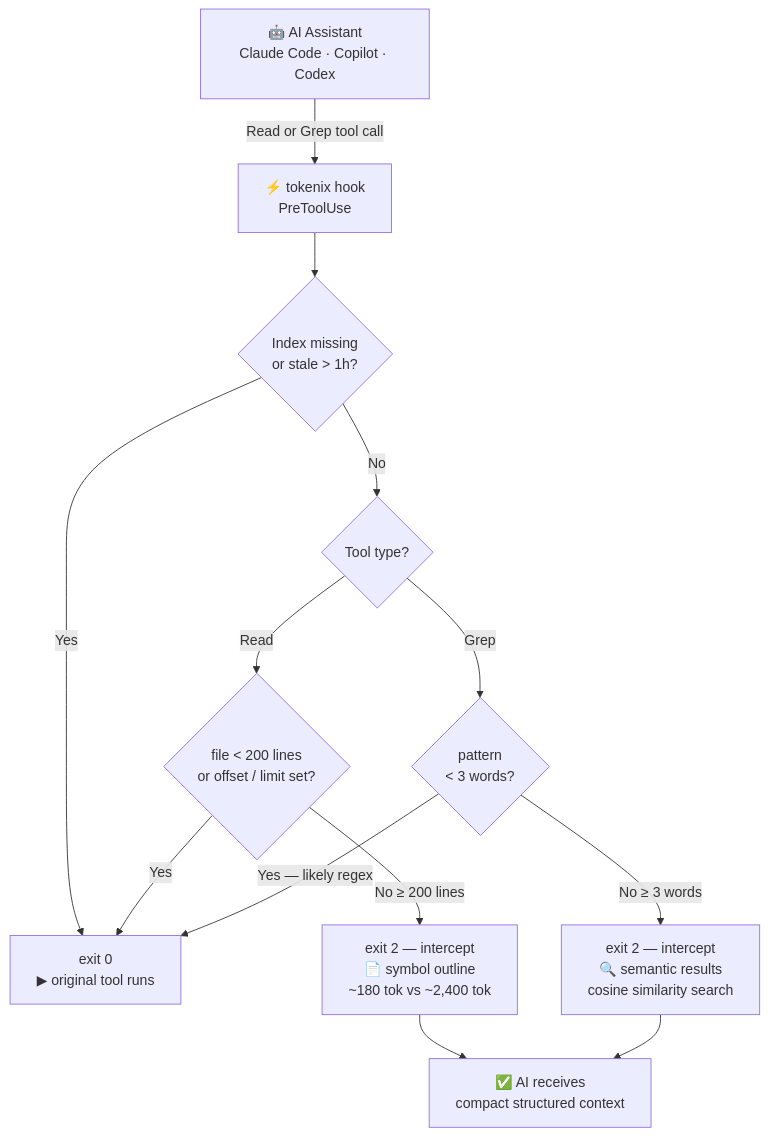
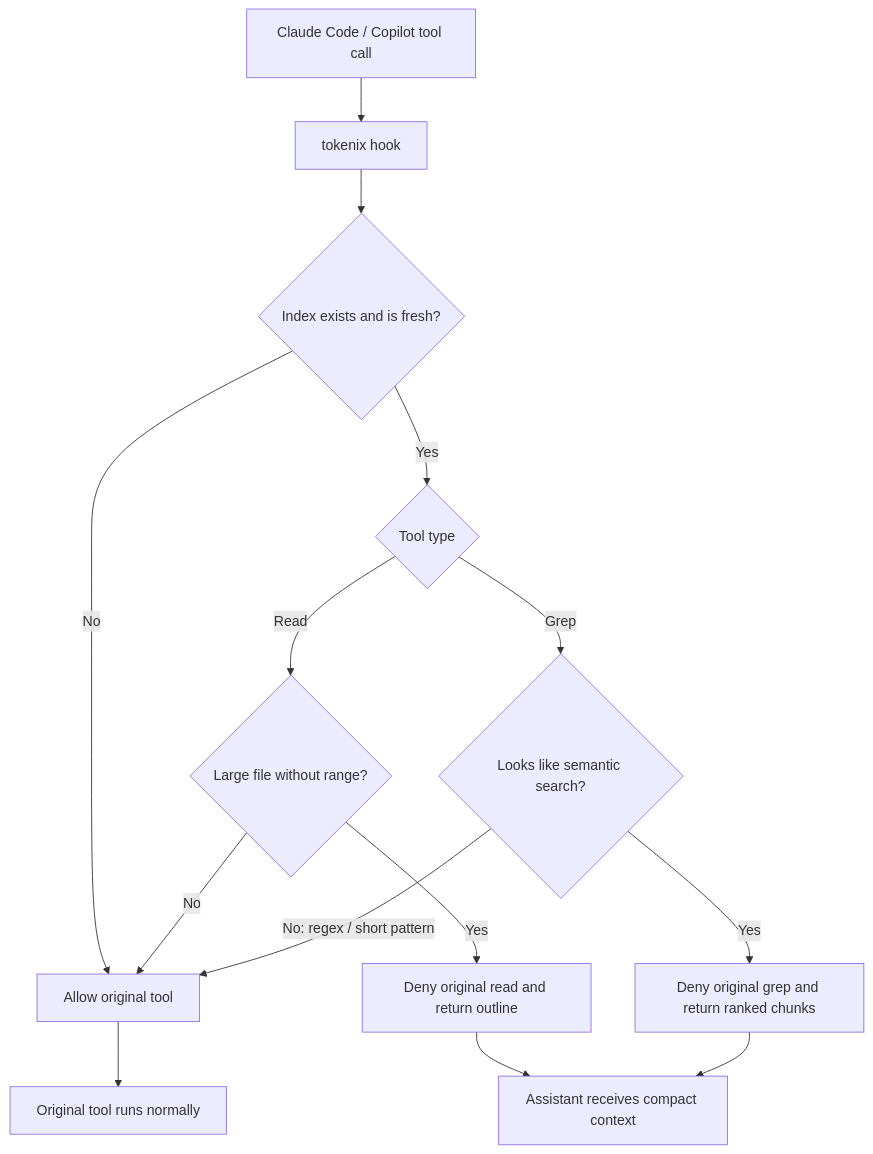
The fourth of 5 diagrams in README.md (juninmd/tokenix), drawn with Mermaid before and after one commit. The commit also changed other lines of this file and 2 other files, not shown here.

````diff
--- a/README.md
+++ b/README.md
@@ -118,20 +198,19 @@
 ```mermaid
 flowchart TD
-    A["🤖 AI Assistant\nClaude Code · Copilot · Codex"] -->|Read or Grep tool call| B["⚡ tokenix hook\nPreToolUse"]
+    Tool[Claude Code / Copilot tool call] --> Hook[tokenix hook]
+    Hook --> Fresh{Index exists and is fresh?}
+    Fresh -->|No| Allow[Allow original tool]
+    Fresh -->|Yes| Kind{Tool type}
 
-    B --> C{Index missing\nor stale > 1h?}
-    C -->|Yes| Z["exit 0\n▶ original tool runs"]
+    Kind -->|Read| ReadDecision{Large file without range?}
+    ReadDecision -->|No| Allow
+    ReadDecision -->|Yes| DenyRead[Deny original read and return outline]
 
-    C -->|No| D{Tool type?}
+    Kind -->|Grep| GrepDecision{Looks like semantic search?}
+    GrepDecision -->|No: regex / short pattern| Allow
+    GrepDecision -->|Yes| DenyGrep[Deny original grep and return ranked chunks]
 
-    D -->|Read| E{file < 200 lines\nor offset / limit set?}
-    E -->|Yes| Z
-    E -->|No ≥ 200 lines| G["exit 2 — intercept\n📄 symbol outline\n~180 tok vs ~2,400 tok"]
-
-    D -->|Grep| H{pattern\n< 3 words?}
-    H -->|Yes — likely regex| Z
-    H -->|No ≥ 3 words| I["exit 2 — intercept\n🔍 semantic results\ncosine similarity search"]
-
-    G --> R["✅ AI receives\ncompact structured context"]
-    I --> R
+    DenyRead --> AgentContext[Assistant receives compact context]
+    DenyGrep --> AgentContext
+    Allow --> Original[Original tool runs normally]
 ```
````
